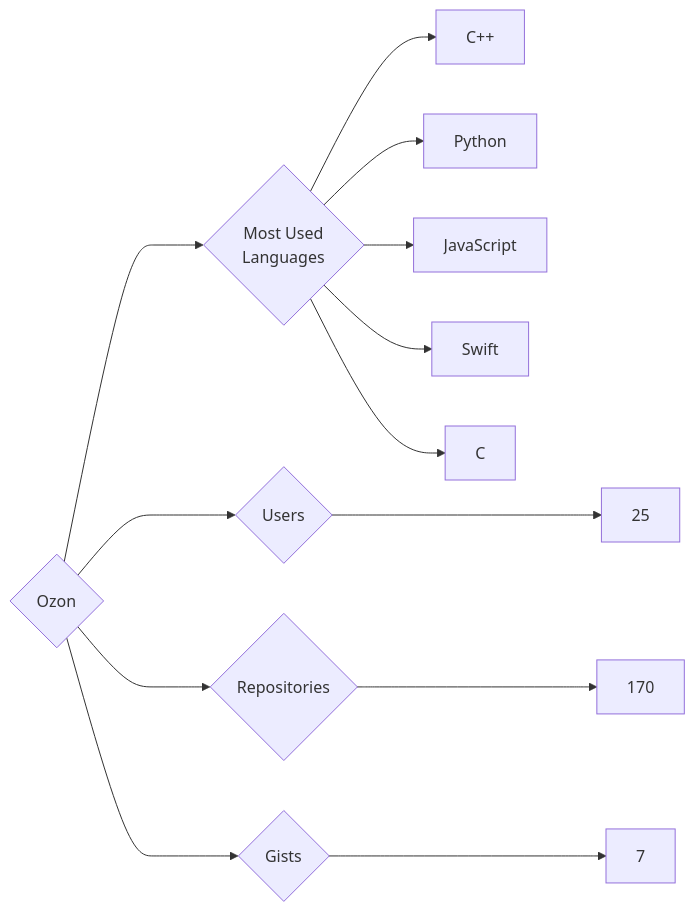
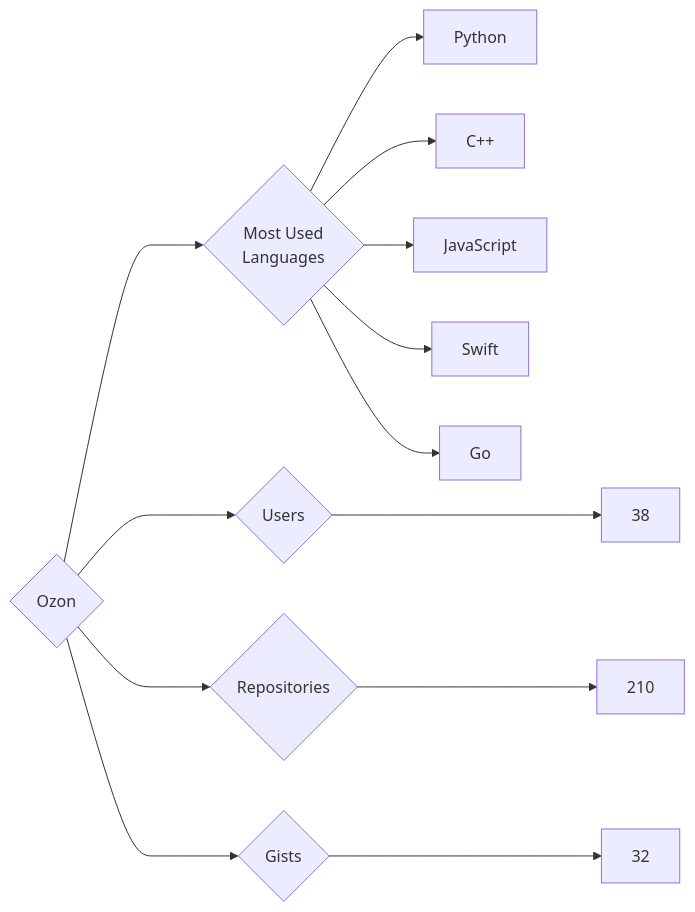
The diagram in targets/Ozon/README.md (trickest/insiders), drawn with Mermaid before and after one commit. The commit also changed 829 other files, not shown here.

````diff
--- a/targets/Ozon/README.md
+++ b/targets/Ozon/README.md
@@ -3,13 +3,13 @@
 ```mermaid
 graph LR
 COMPANY_NAME{Ozon}
-COMPANY_NAME ---> U{Users} ---> UN[25]
-COMPANY_NAME ---> R{Repositories} ---> RN[170]
-COMPANY_NAME ---> G{Gists} ---> GN[7]
+COMPANY_NAME ---> U{Users} ---> UN[38]
+COMPANY_NAME ---> R{Repositories} ---> RN[210]
+COMPANY_NAME ---> G{Gists} ---> GN[32]
 COMPANY_NAME ---> ML{Most Used<br>Languages}
+ML --> Python[Python]
 ML --> C++[C++]
-ML --> Python[Python]
 ML --> JavaScript[JavaScript]
 ML --> Swift[Swift]
-ML --> C[C]
+ML --> Go[Go]
 ```
````
